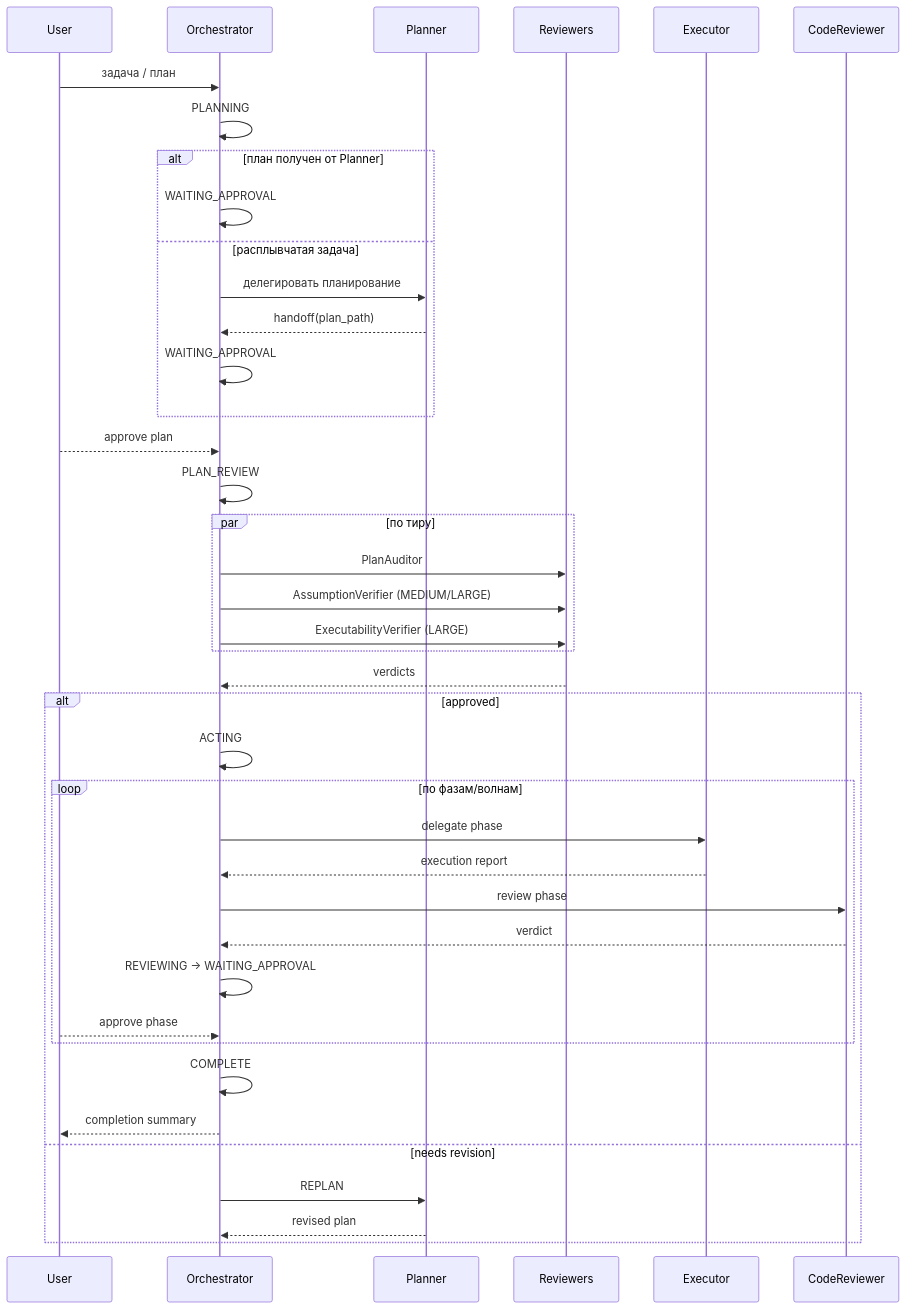
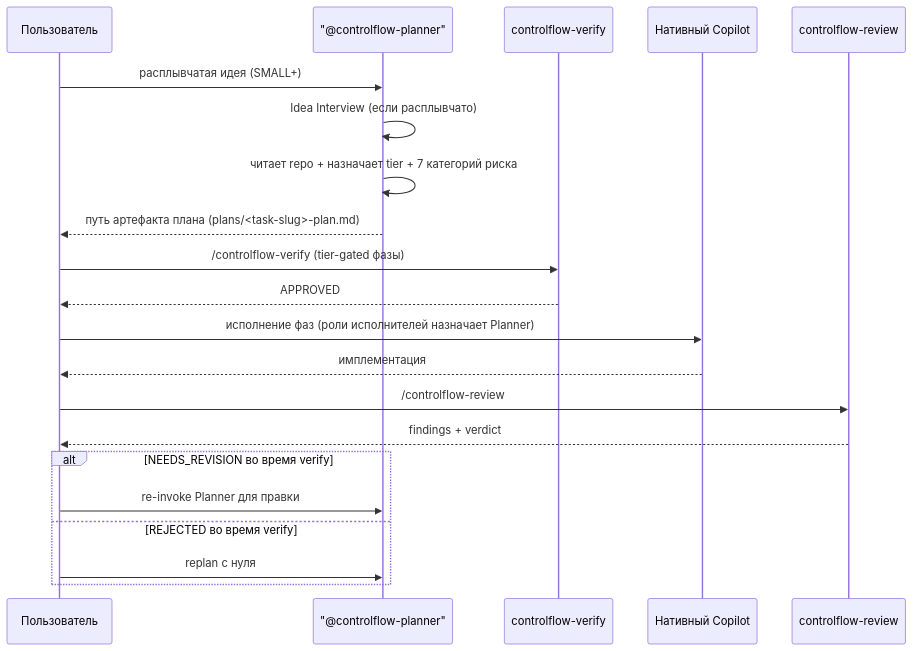
Before and after one commit to Smithbox-ai/ControlFlow: the second of 2 diagrams in docs/tutorial-ru/05-orchestration.md, drawn with Mermaid. The commit also changed other lines of this file and 51 other files, not shown here.

````diff
--- a/docs/tutorial-ru/05-orchestration.md
+++ b/docs/tutorial-ru/05-orchestration.md
@@ -62,43 +105,24 @@
 ```mermaid
 sequenceDiagram
-    participant U as User
-    participant O as Orchestrator
-    participant P as Planner
-    participant Rev as Reviewers
-    participant E as Executor
-    participant CR as CodeReviewer
+    participant U as Пользователь
+    participant P as "@controlflow-planner"
+    participant V as controlflow-verify
+    participant N as Нативный Copilot
+    participant R as controlflow-review
 
-    U->>O: задача / план
-    O->>O: PLANNING
-    alt план получен от Planner
-        O->>O: WAITING_APPROVAL
-    else расплывчатая задача
-        O->>P: делегировать планирование
-        P-->>O: handoff(plan_path)
-        O->>O: WAITING_APPROVAL
-    end
-    U-->>O: approve plan
-    O->>O: PLAN_REVIEW
-    par по тиру
-        O->>Rev: PlanAuditor
-        O->>Rev: AssumptionVerifier (MEDIUM/LARGE)
-        O->>Rev: ExecutabilityVerifier (LARGE)
-    end
-    Rev-->>O: verdicts
-    alt approved
-        O->>O: ACTING
-        loop по фазам/волнам
-            O->>E: delegate phase
-            E-->>O: execution report
-            O->>CR: review phase
-            CR-->>O: verdict
-            O->>O: REVIEWING → WAITING_APPROVAL
-            U-->>O: approve phase
-        end
-        O->>O: COMPLETE
-        O-->>U: completion summary
-    else needs revision
-        O->>P: REPLAN
-        P-->>O: revised plan
+    U->>P: расплывчатая идея (SMALL+)
+    P->>P: Idea Interview (если расплывчато)
+    P->>P: читает repo + назначает tier + 7 категорий риска
+    P-->>U: путь артефакта плана (plans/<task-slug>-plan.md)
+    U->>V: /controlflow-verify (tier-gated фазы)
+    V-->>U: APPROVED
+    U->>N: исполнение фаз (роли исполнителей назначает Planner)
+    N-->>U: имплементация
+    U->>R: /controlflow-review
+    R-->>U: findings + verdict
+    alt NEEDS_REVISION во время verify
+        U->>P: re-invoke Planner для правки
+    else REJECTED во время verify
+        U->>P: replan с нуля
     end
 ```
````
